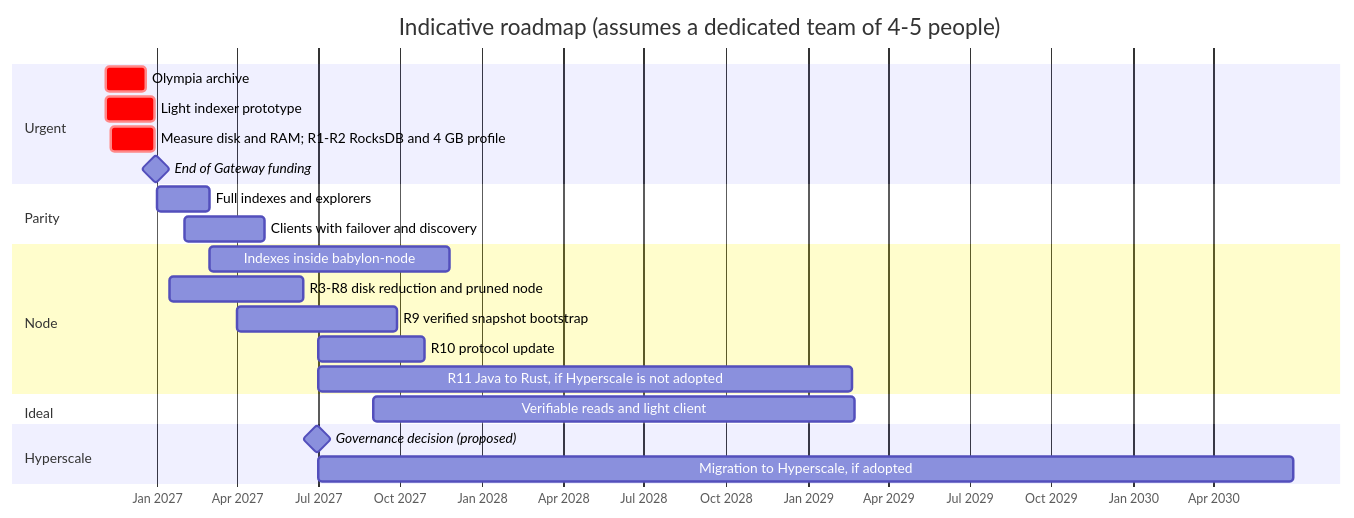
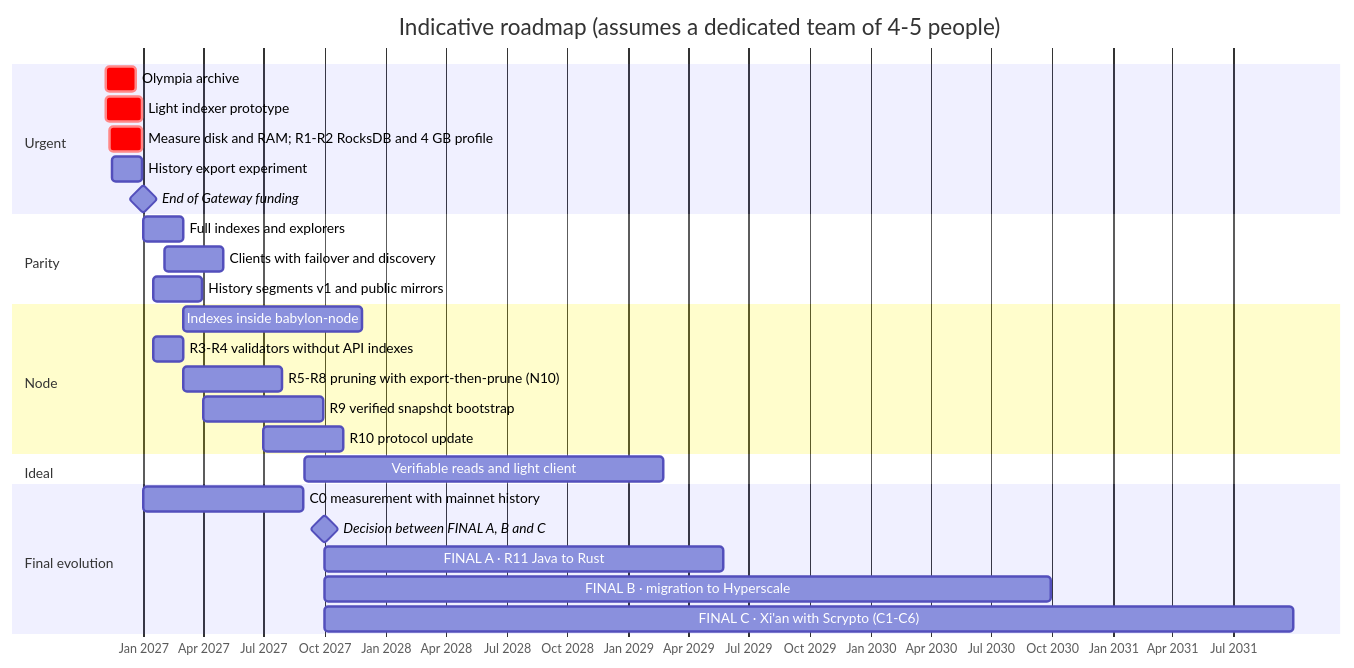
The diagram in docs/en/08-roadmap.md (dazligth/radix-decentralization-roadmap), drawn with Mermaid before and after one commit. The commit also changed other lines of this file and 32 other files, not shown here.

First line of the commit message:
Add chapter 13, decentralised history, detailed roadmap and review fixes

````diff
--- a/docs/en/08-roadmap.md
+++ b/docs/en/08-roadmap.md
@@ -12,25 +12,30 @@
 ```mermaid
 gantt
     title Indicative roadmap (assumes a dedicated team of 4-5 people)
     dateFormat YYYY-MM-DD
     axisFormat %b %Y
     section Urgent
     Olympia archive                          :crit, 2026-11-05, 45d
     Light indexer prototype                  :crit, 2026-11-05, 55d
     Measure disk and RAM; R1-R2 RocksDB and 4 GB profile :crit, 2026-11-10, 50d
+    History export experiment                :2026-11-15, 45d
     End of Gateway funding                   :milestone, 2026-12-31, 0d
     section Parity
     Full indexes and explorers               :2027-01-01, 60d
     Clients with failover and discovery      :2027-02-01, 90d
+    History segments v1 and public mirrors   :2027-01-15, 75d
     section Node
     Indexes inside babylon-node              :2027-03-01, 270d
-    R3-R8 disk reduction and pruned node     :2027-01-15, 150d
+    R3-R4 validators without API indexes     :2027-01-15, 45d
+    R5-R8 pruning with export-then-prune (N10) :2027-03-01, 150d
     R9 verified snapshot bootstrap           :2027-04-01, 180d
     R10 protocol update                      :2027-07-01, 120d
-    R11 Java to Rust, if Hyperscale is not adopted :2027-07-01, 600d
     section Ideal
     Verifiable reads and light client        :2027-09-01, 540d
-    section Hyperscale
-    Governance decision (proposed)           :milestone, 2027-06-30, 0d
-    Migration to Hyperscale, if adopted      :2027-07-01, 1095d
+    section Final evolution
+    C0 measurement with mainnet history      :2027-01-01, 240d
+    Decision between FINAL A, B and C    :milestone, 2027-09-30, 0d
+    FINAL A · R11 Java to Rust                     :2027-10-01, 600d
+    FINAL B · migration to Hyperscale              :2027-10-01, 1095d
+    FINAL C · Xi'an with Scrypto (C1-C6)           :2027-10-01, 1460d
 ```
````
